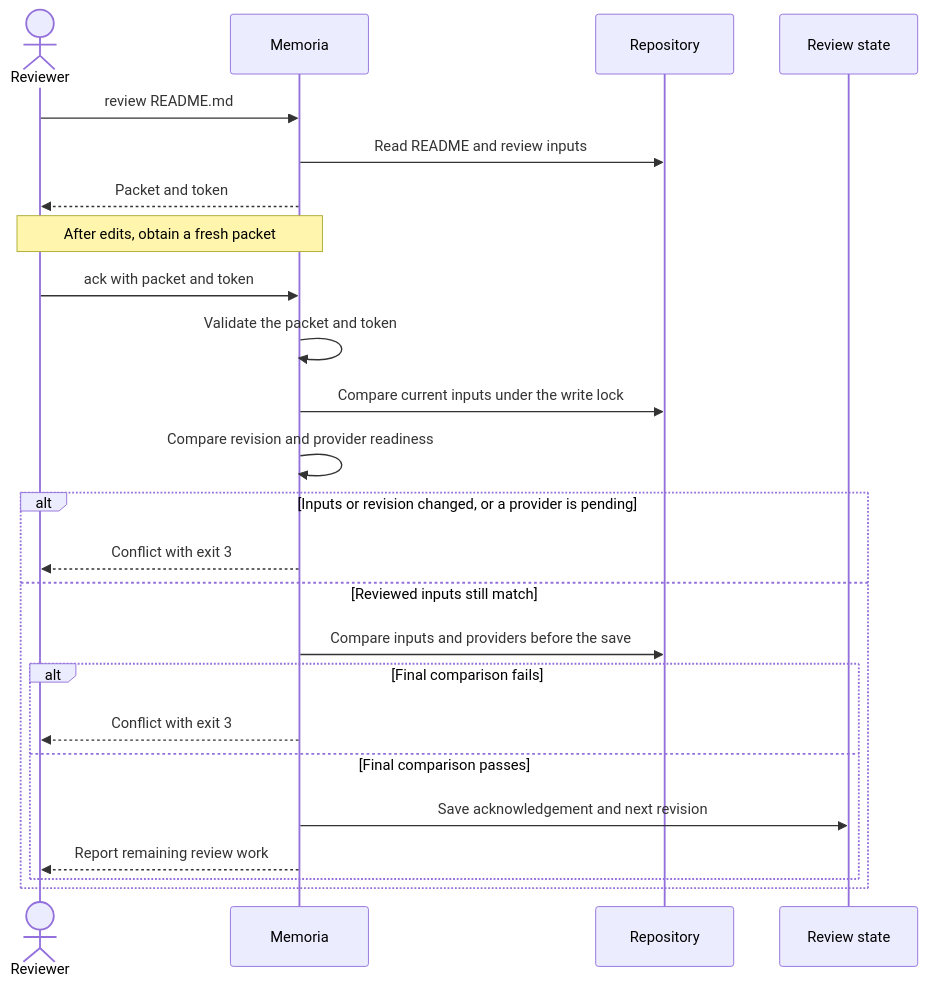
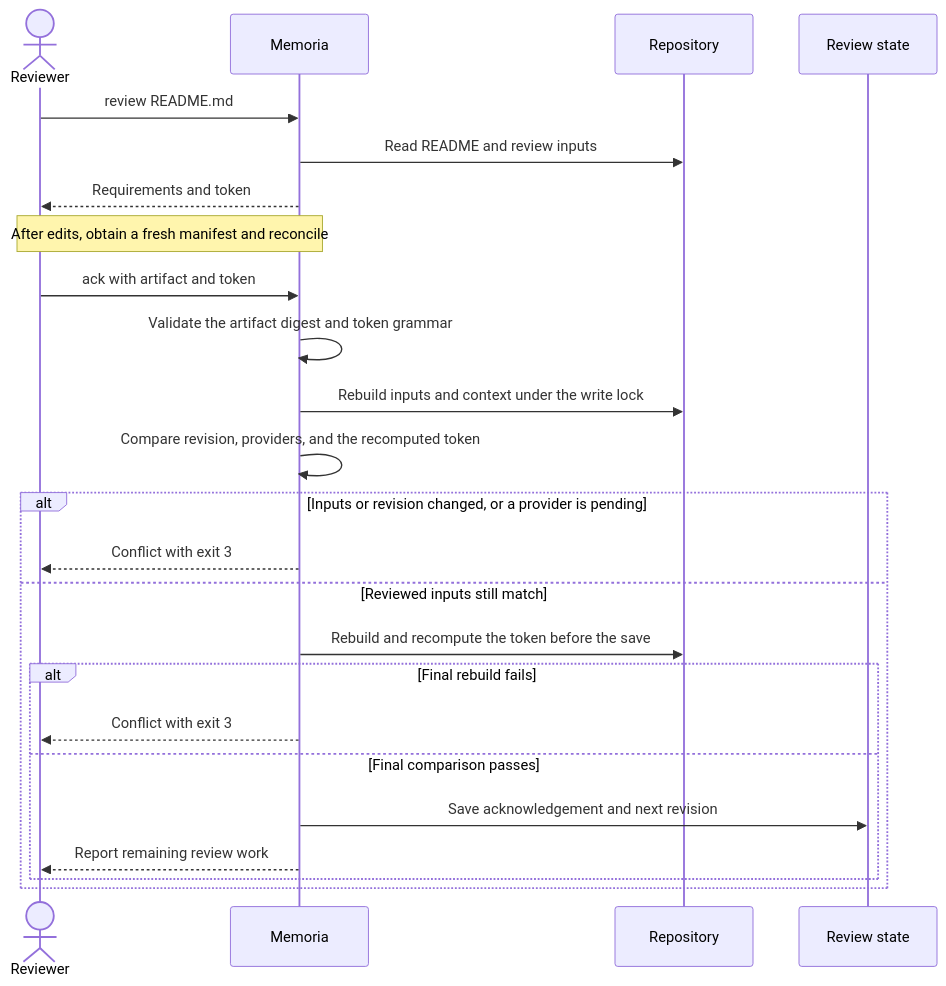
One commit to viktordanov/rs-memoria changed the diagram in docs/workflow.md. Above: the diagram before and after it, drawn with Mermaid. The commit also changed other lines of this file and 68 other files, not shown here.

````diff
--- a/docs/workflow.md
+++ b/docs/workflow.md
@@ -256,28 +295,28 @@
 ```mermaid
 sequenceDiagram
     accTitle: Acknowledgement compares the reviewed inputs before it saves state.
-    accDescr: Memoria creates a packet for the reviewer. Acknowledgement compares that packet with current inputs. A conflict ends the command without a state save.
+    accDescr: Memoria states the review requirements. Acknowledgement rebuilds every bound component and recomputes the token. A conflict ends the command without a state save.
     actor Reviewer
     participant Memoria
     participant Repository
     participant State as Review state
     Reviewer->>Memoria: review README.md
     Memoria->>Repository: Read README and review inputs
-    Memoria-->>Reviewer: Packet and token
-    Note over Reviewer,Memoria: After edits, obtain a fresh packet
-    Reviewer->>Memoria: ack with packet and token
-    Memoria->>Memoria: Validate the packet and token
-    Memoria->>Repository: Compare current inputs under the write lock
-    Memoria->>Memoria: Compare revision and provider readiness
+    Memoria-->>Reviewer: Requirements and token
+    Note over Reviewer,Memoria: After edits, obtain a fresh manifest and reconcile
+    Reviewer->>Memoria: ack with artifact and token
+    Memoria->>Memoria: Validate the artifact digest and token grammar
+    Memoria->>Repository: Rebuild inputs and context under the write lock
+    Memoria->>Memoria: Compare revision, providers, and the recomputed token
     alt Inputs or revision changed, or a provider is pending
         Memoria-->>Reviewer: Conflict with exit 3
     else Reviewed inputs still match
-        Memoria->>Repository: Compare inputs and providers before the save
-        alt Final comparison fails
+        Memoria->>Repository: Rebuild and recompute the token before the save
+        alt Final rebuild fails
             Memoria-->>Reviewer: Conflict with exit 3
         else Final comparison passes
             Memoria->>State: Save acknowledgement and next revision
             Memoria-->>Reviewer: Report remaining review work
         end
     end
 ```
````
